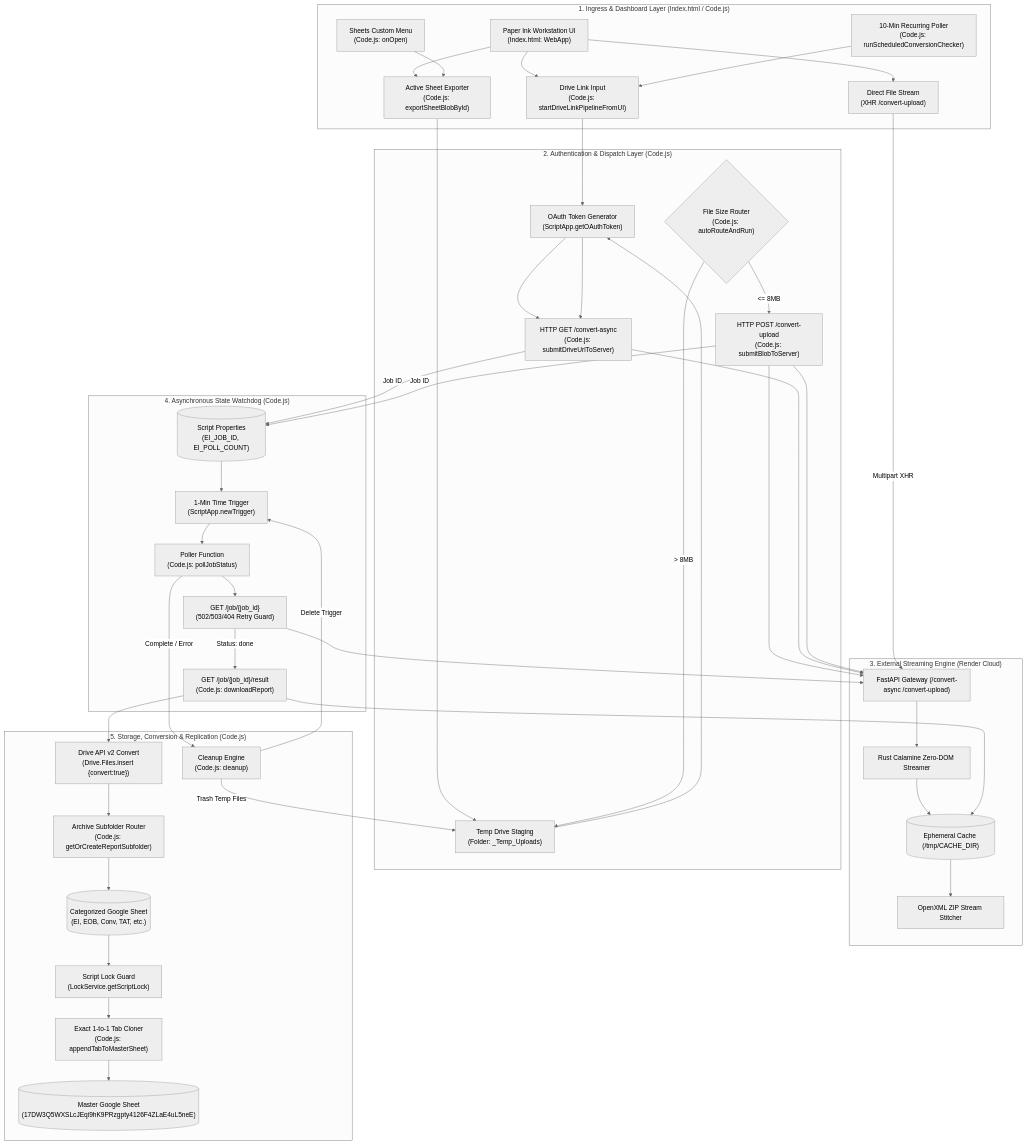
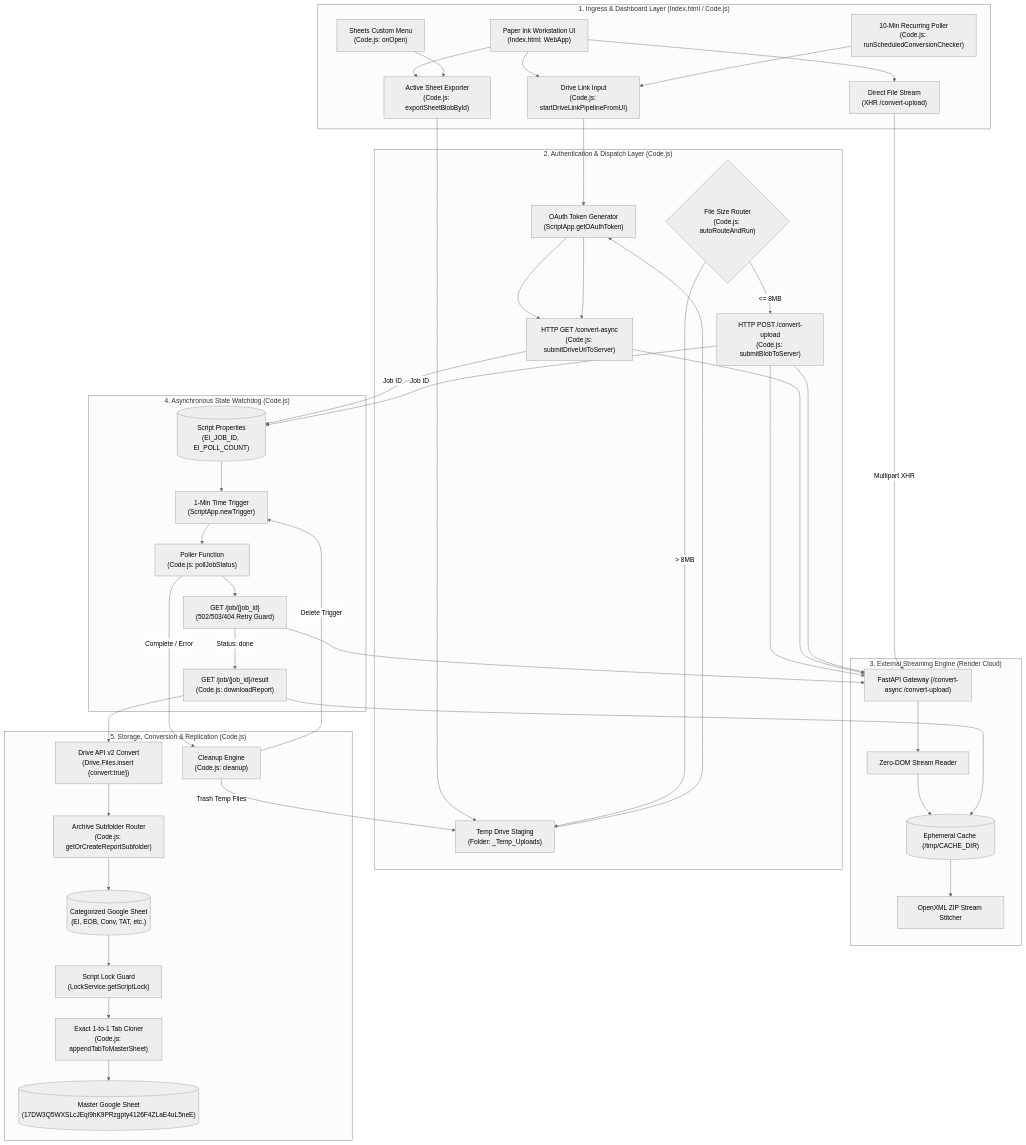
One commit to SamarVScode/project_memory changed the second of 6 diagrams in Projects/EI-Stream-Trigger.md. Above: the diagram before and after it, drawn with Mermaid (neutral theme). The commit also changed other lines of this file, not shown here.

Commit message:
fix(graph): purge ghost Rust node and casual inline wikilinks from EI-Stream-Trigger

````diff
--- a/Projects/EI-Stream-Trigger.md
+++ b/Projects/EI-Stream-Trigger.md
@@ -97,77 +97,77 @@
 ```mermaid
 flowchart TD
     subgraph UI_Layer ["1. Ingress & Dashboard Layer (Index.html / Code.js)"]
         WebDesk["Paper Ink Workstation UI<br/>(Index.html: WebApp)"]
         SheetsMenu["Sheets Custom Menu<br/>(Code.js: onOpen)"]
         DirectUpload["Direct File Stream<br/>(XHR /convert-upload)"]
         DriveInput["Drive Link Input<br/>(Code.js: startDriveLinkPipelineFromUI)"]
         SheetExport["Active Sheet Exporter<br/>(Code.js: exportSheetBlobById)"]
         CronTrigger["10-Min Recurring Poller<br/>(Code.js: runScheduledConversionChecker)"]
     end
 
     subgraph Dispatch_Layer ["2. Authentication & Dispatch Layer (Code.js)"]
         OAuthGen["OAuth Token Generator<br/>(ScriptApp.getOAuthToken)"]
         AutoRouter{"File Size Router<br/>(Code.js: autoRouteAndRun)"}
         DriveStager["Temp Drive Staging<br/>(Folder: _Temp_Uploads)"]
         AsyncDispatcher["HTTP GET /convert-async<br/>(Code.js: submitDriveUrlToServer)"]
         UploadDispatcher["HTTP POST /convert-upload<br/>(Code.js: submitBlobToServer)"]
     end
 
     subgraph Cloud_Server ["3. External Streaming Engine (Render Cloud)"]
         FastAPI["FastAPI Gateway (/convert-async /convert-upload)"]
-        RustCalamine["Rust Calamine Zero-DOM Streamer"]
+        StreamReader["Zero-DOM Stream Reader"]
         DiskCache[("Ephemeral Cache (/tmp/CACHE_DIR)")]
         ZipStitcher["OpenXML ZIP Stream Stitcher"]
     end
 
     subgraph Polling_State ["4. Asynchronous State Watchdog (Code.js)"]
         ClockTrigger["1-Min Time Trigger<br/>(ScriptApp.newTrigger)"]
         PropStore[("Script Properties<br/>(EI_JOB_ID, EI_POLL_COUNT)")]
         Poller["Poller Function<br/>(Code.js: pollJobStatus)"]
         StatusCall["GET /job/{job_id}<br/>(502/503/404 Retry Guard)"]
         ResultDownloader["GET /job/{job_id}/result<br/>(Code.js: downloadReport)"]
     end
 
     subgraph Ingestion_Replication ["5. Storage, Conversion & Replication (Code.js)"]
         DriveConverter["Drive API v2 Convert<br/>(Drive.Files.insert {convert:true})"]
         CabinetOrganizer["Archive Subfolder Router<br/>(Code.js: getOrCreateReportSubfolder)"]
         TargetGSheet[("Categorized Google Sheet<br/>(EI, EOB, Conv, TAT, etc.)")]
         LockGuard["Script Lock Guard<br/>(LockService.getScriptLock)"]
         MasterTabCopier["Exact 1-to-1 Tab Cloner<br/>(Code.js: appendTabToMasterSheet)"]
         MasterSheet[("Master Google Sheet<br/>(17DW3Q5WXSLcJEqi9hK9PRzgpty4126F4ZLaE4uL5neE)")]
         Cleaner["Cleanup Engine<br/>(Code.js: cleanup)"]
     end
 
     WebDesk --> DirectUpload
     WebDesk --> DriveInput
     WebDesk --> SheetExport
     SheetsMenu --> SheetExport
     CronTrigger --> DriveInput
 
     DirectUpload -->|Multipart XHR| FastAPI
     DriveInput --> OAuthGen --> AsyncDispatcher
     SheetExport --> DriveStager --> OAuthGen --> AsyncDispatcher
 
     AutoRouter -->|<= 8MB| UploadDispatcher --> FastAPI
     AutoRouter -->|> 8MB| DriveStager
 
     AsyncDispatcher --> FastAPI
     UploadDispatcher --> FastAPI
 
-    FastAPI --> RustCalamine --> DiskCache --> ZipStitcher
+    FastAPI --> StreamReader --> DiskCache --> ZipStitcher
 
     AsyncDispatcher -->|Job ID| PropStore
     UploadDispatcher -->|Job ID| PropStore
     PropStore --> ClockTrigger --> Poller
     Poller --> StatusCall --> FastAPI
     StatusCall -->|Status: done| ResultDownloader
     ResultDownloader --> DiskCache
 
     ResultDownloader --> DriveConverter
     DriveConverter --> CabinetOrganizer --> TargetGSheet
     TargetGSheet --> LockGuard --> MasterTabCopier --> MasterSheet
 
     Poller -->|Complete / Error| Cleaner
     Cleaner -->|Trash Temp Files| DriveStager
     Cleaner -->|Delete Trigger| ClockTrigger
 ```
````
